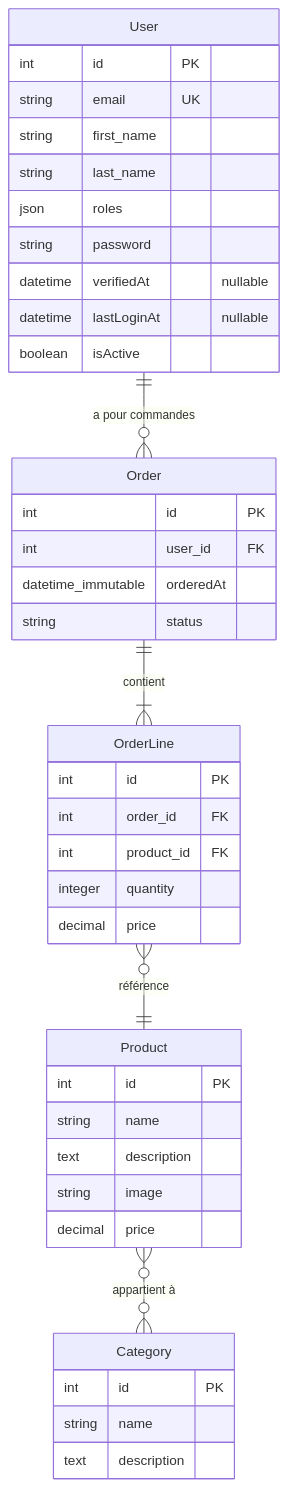
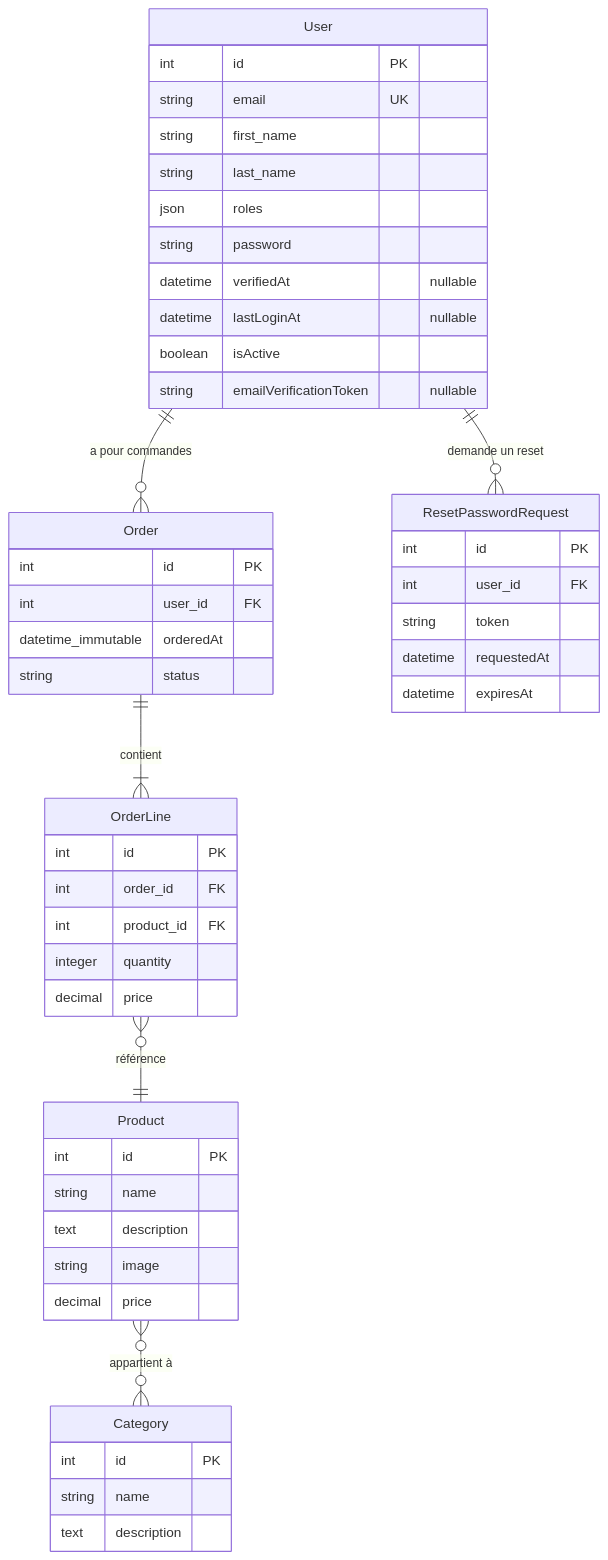
One commit to GeraldineRouy/fruits_and_veggies_shop_with_symfony changed the diagram in docs/schema-er.md. Above: the diagram before and after it, drawn with Mermaid. The commit also changed other lines of this file and 52 other files, not shown here.

First line of the commit message:
feat: registration, login, email verification and password reset

````diff
--- a/docs/schema-er.md
+++ b/docs/schema-er.md
@@ -5,43 +5,52 @@
 ```mermaid
 erDiagram
     User ||--o{ Order : "a pour commandes"
+    User ||--o{ ResetPasswordRequest : "demande un reset"
     Order ||--|{ OrderLine : "contient"
     OrderLine }o--|| Product : "référence"
     Product }o--o{ Category : "appartient à"
     User {
         int id PK
         string email UK
         string first_name
         string last_name
         json roles
         string password
         datetime verifiedAt "nullable"
         datetime lastLoginAt "nullable"
         boolean isActive
+        string emailVerificationToken "nullable"
+    }
+    ResetPasswordRequest {
+        int id PK
+        int user_id FK
+        string token
+        datetime requestedAt
+        datetime expiresAt
     }
     Category {
         int id PK
         string name
         text description
     }
     Product {
         int id PK
         string name
         text description
         string image
         decimal price
     }
     Order {
         int id PK
         int user_id FK
         datetime_immutable orderedAt
         string status
     }
     OrderLine {
         int id PK
         int order_id FK
         int product_id FK
         integer quantity
         decimal price
     }
 ```
````
